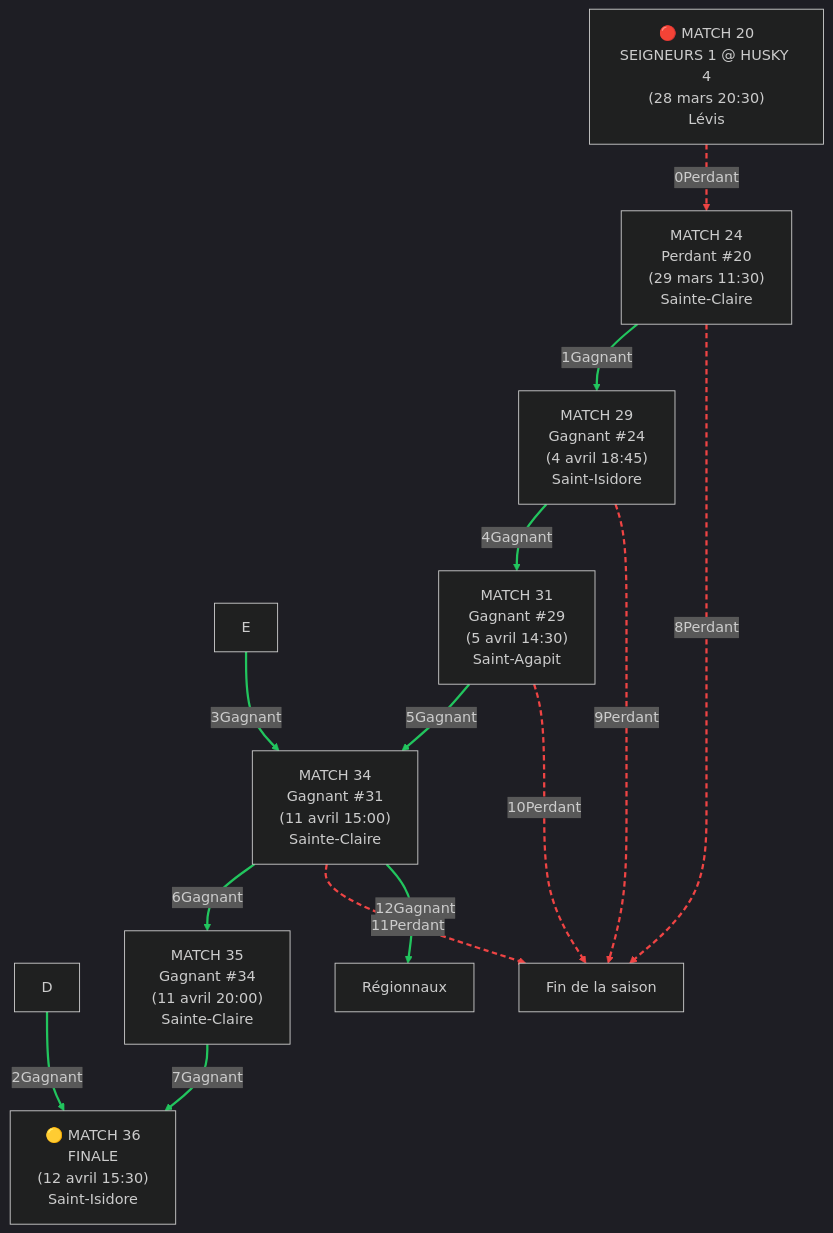
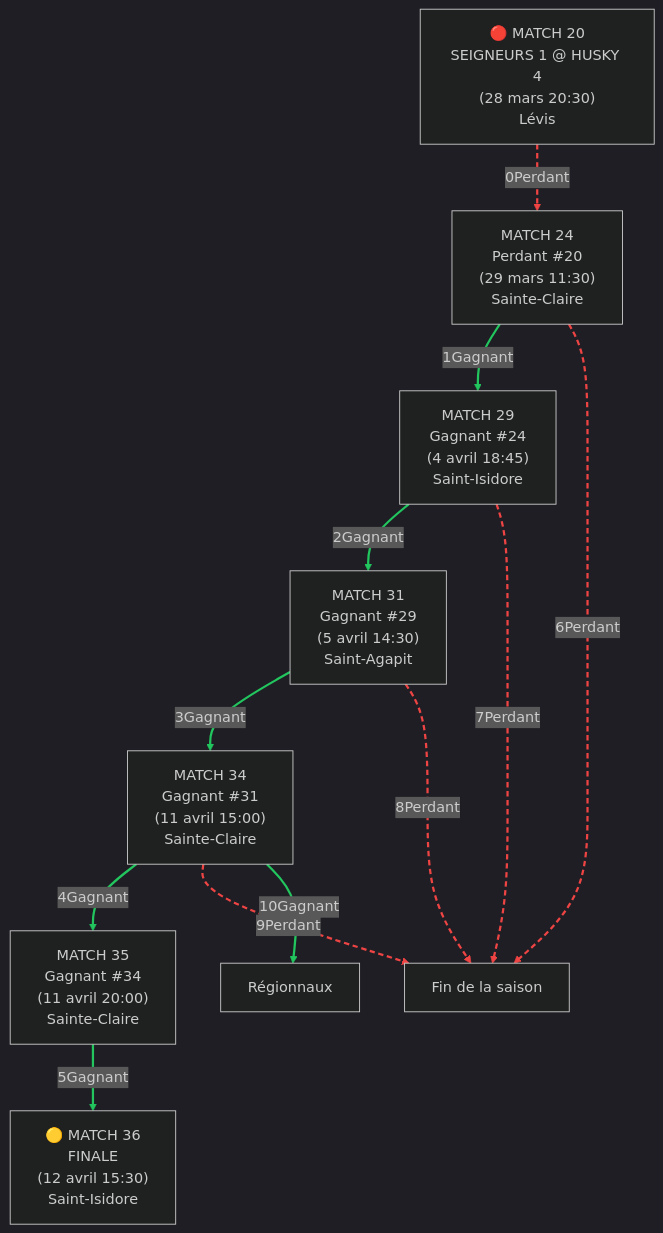
The first of 2 diagrams in README.md (voltogyre/horaire-serie-2026), drawn with Mermaid (dark theme) before and after one commit.

````diff
--- a/README.md
+++ b/README.md
@@ -14,22 +14,20 @@
 ```mermaid
 graph TD
     A["🔴 MATCH 20<br/>SEIGNEURS 1 @ HUSKY 4<br/>(28 mars 20:30)<br/>Lévis"] 
     A -->|0Perdant| C["MATCH 24<br/>Perdant #20<br/>(29 mars 11:30)<br/>Sainte-Claire"]
     C -->|1Gagnant| F["MATCH 29<br/>Gagnant #24<br/>(4 avril 18:45)<br/>Saint-Isidore"]
-    D -->|2Gagnant| I["🟡 MATCH 36<br/>FINALE<br/>(12 avril 15:30)<br/>Saint-Isidore"]
-    E -->|3Gagnant| H["MATCH 34<br/>Gagnant #31<br/>(11 avril 15:00)<br/>Sainte-Claire"]
-    F -->|4Gagnant| G["MATCH 31<br/>Gagnant #29<br/>(5 avril 14:30)<br/>Saint-Agapit"]
-    G -->|5Gagnant| H
-    H -->|6Gagnant| J["MATCH 35<br/>Gagnant #34<br/>(11 avril 20:00)<br/>Sainte-Claire"]
-    J -->|7Gagnant| I
-    C -->|8Perdant| K["Fin de la saison"]
-    F -->|9Perdant| K["Fin de la saison"]
-    G -->|10Perdant| K["Fin de la saison"]
-    H -->|11Perdant| K["Fin de la saison"]
-    H -->|12Gagnant| L["Régionnaux"]
+    F -->|2Gagnant| G["MATCH 31<br/>Gagnant #29<br/>(5 avril 14:30)<br/>Saint-Agapit"]
+    G -->|3Gagnant| H["MATCH 34<br/>Gagnant #31<br/>(11 avril 15:00)<br/>Sainte-Claire"]
+    H -->|4Gagnant| J["MATCH 35<br/>Gagnant #34<br/>(11 avril 20:00)<br/>Sainte-Claire"]
+    J -->|5Gagnant| I["🟡 MATCH 36<br/>FINALE<br/>(12 avril 15:30)<br/>Saint-Isidore"]
+    C -->|6Perdant| K["Fin de la saison"]
+    F -->|7Perdant| K["Fin de la saison"]
+    G -->|8Perdant| K["Fin de la saison"]
+    H -->|9Perdant| K["Fin de la saison"]
+    H -->|10Gagnant| L["Régionnaux"]
 
-    linkStyle 1,2,3,4,5,6,7,8,12 stroke:#22c55e,stroke-width:2.5px
-    linkStyle 0,8,9,10,11 stroke:#ef4444,stroke-width:2.5px,stroke-dasharray:6 4
+    linkStyle 1,2,3,4,5,10 stroke:#22c55e,stroke-width:2.5px
+    linkStyle 0,6,7,8,9 stroke:#ef4444,stroke-width:2.5px,stroke-dasharray:6 4
     
 
 ```
````
